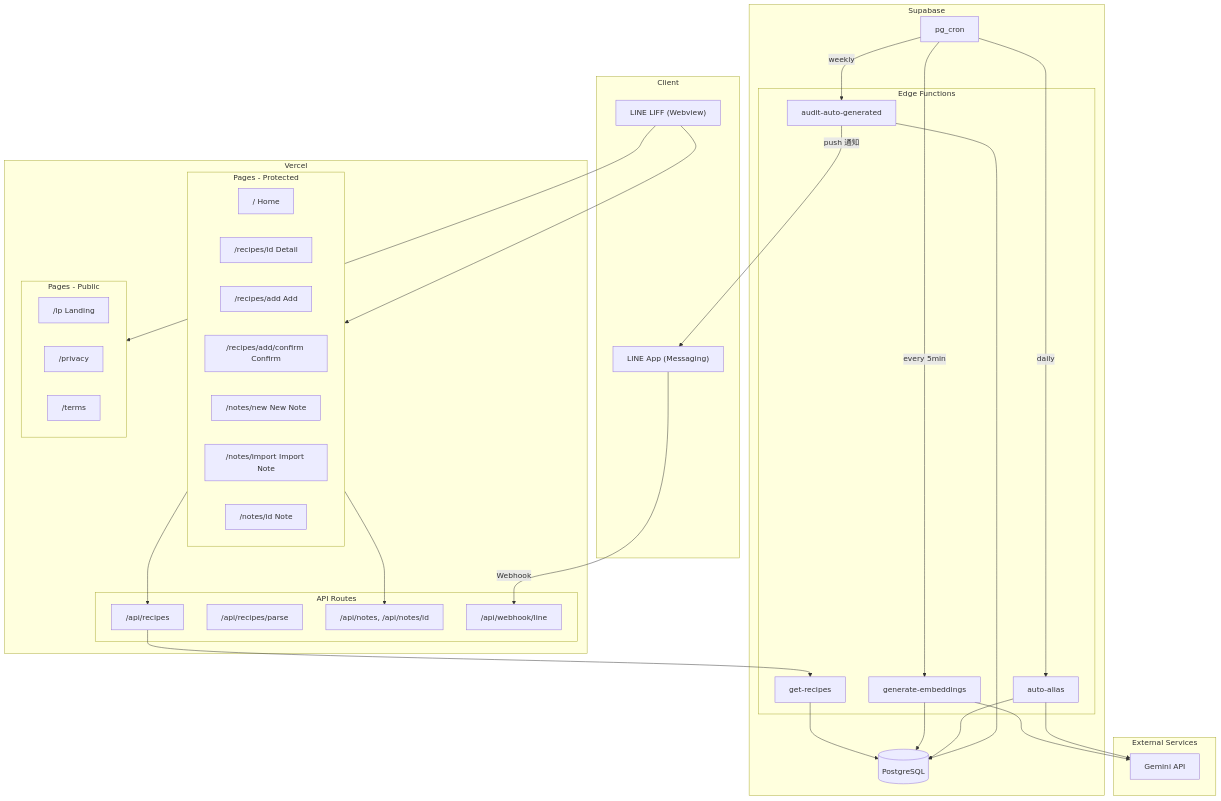
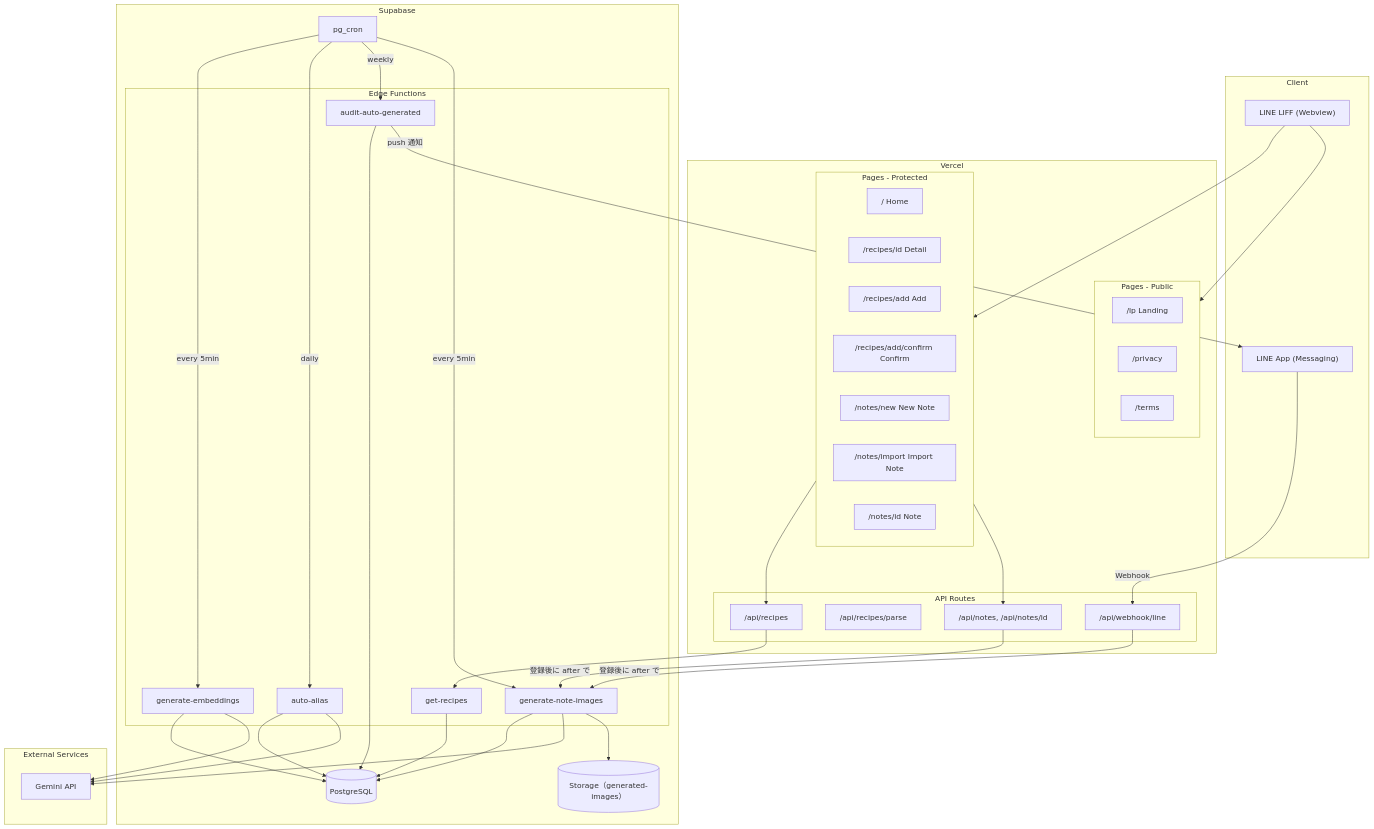
One commit to mktu/recipe-app changed the first of 13 diagrams in docs/ARCHITECTURE.md. Above: the diagram before and after it, drawn with Mermaid. The commit also changed other lines of this file and 46 other files, not shown here.

````diff
--- a/docs/ARCHITECTURE.md
+++ b/docs/ARCHITECTURE.md
@@ -146,69 +147,77 @@
 ```mermaid
 graph TB
     subgraph Client["Client"]
         LIFF["LINE LIFF (Webview)"]
         LINEApp["LINE App (Messaging)"]
     end
 
     subgraph Vercel["Vercel"]
         subgraph Pages["Pages - Protected"]
             Home["/ Home"]
             Detail["/recipes/id Detail"]
             Add["/recipes/add Add"]
             Confirm["/recipes/add/confirm Confirm"]
             NewNote["/notes/new New Note"]
             ImportNote["/notes/import Import Note"]
             Note["/notes/id Note"]
         end
 
         subgraph Public["Pages - Public"]
             LP["/lp Landing"]
             Privacy["/privacy"]
             Terms["/terms"]
         end
 
         subgraph APIRoutes["API Routes"]
             RecipeAPI["/api/recipes"]
             ParseAPI["/api/recipes/parse"]
             NoteAPI["/api/notes, /api/notes/id"]
             WebhookAPI["/api/webhook/line"]
         end
     end
 
     subgraph Supabase["Supabase"]
         DB[("PostgreSQL")]
 
         subgraph EdgeFunctions["Edge Functions"]
             GetRecipes["get-recipes"]
             GenEmbed["generate-embeddings"]
             AutoAlias["auto-alias"]
             Audit["audit-auto-generated"]
+            GenImage["generate-note-images"]
         end
 
         Cron["pg_cron"]
+        Storage[("Storage（generated-images）")]
     end
 
     subgraph External["External Services"]
         Gemini["Gemini API"]
     end
 
     LIFF --> Pages
     LIFF --> Public
     LINEApp -->|Webhook| WebhookAPI
 
     Pages --> RecipeAPI
     Pages --> NoteAPI
     RecipeAPI --> GetRecipes
 
     GetRecipes --> DB
     GenEmbed --> DB
     GenEmbed --> Gemini
     AutoAlias --> DB
     AutoAlias --> Gemini
     Audit --> DB
     Audit -->|push 通知| LINEApp
+    NoteAPI -->|登録後に after で| GenImage
+    WebhookAPI -->|登録後に after で| GenImage
+    GenImage --> DB
+    GenImage --> Gemini
+    GenImage --> Storage
 
     Cron -->|every 5min| GenEmbed
     Cron -->|daily| AutoAlias
     Cron -->|weekly| Audit
+    Cron -->|every 5min| GenImage
 ```
````
